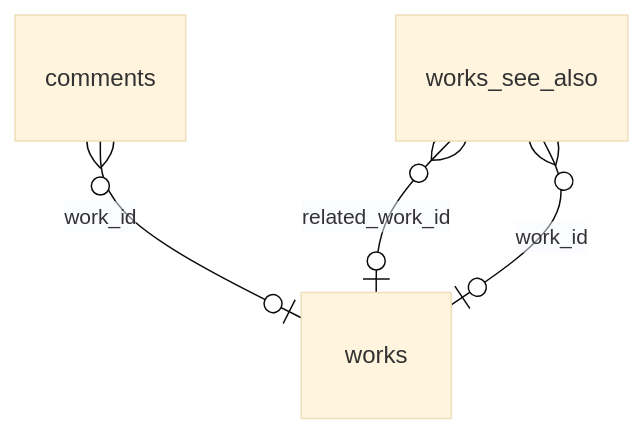
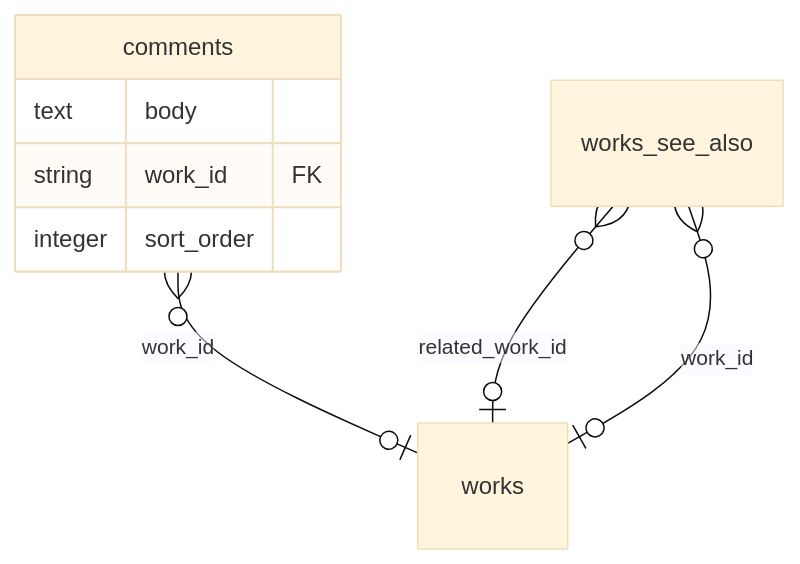
Before and after one commit to zlochevsky/shcherbakov: the second of 12 diagrams in docs/directus.md, drawn with Mermaid (base theme). The commit also changed other lines of this file and 21 other files, not shown here.

Commit message:
Directus: integer years, all extensions in one place, tracklist adds by song or pinned event, Flows and permissions export, per-diagram markers keep notes

````diff
--- a/docs/directus.md
+++ b/docs/directus.md
@@ -50,6 +56,11 @@
 ```mermaid
 erDiagram
     comments }o--o| works : "work_id"
     works_see_also }o--o| works : "related_work_id"
     works_see_also }o--o| works : "work_id"
+    comments {
+        text body
+        string work_id FK
+        integer sort_order
+    }
 ```
````
